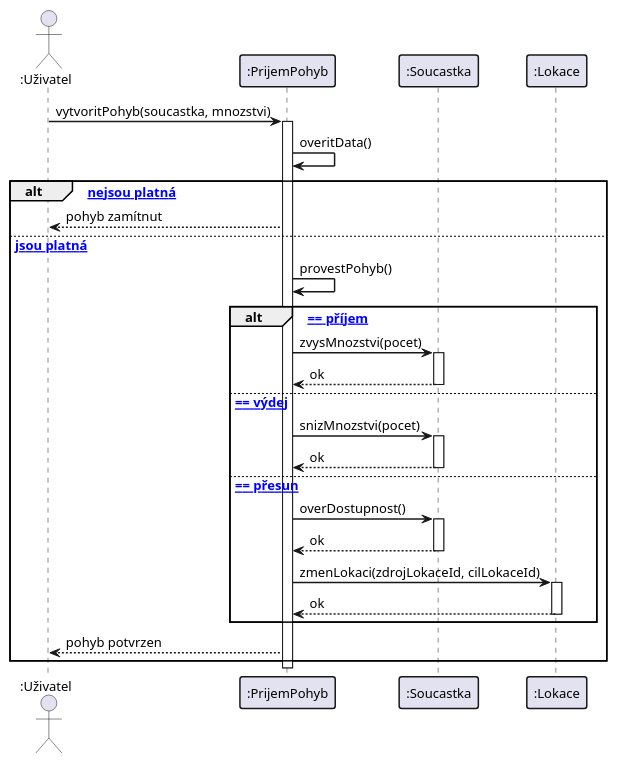
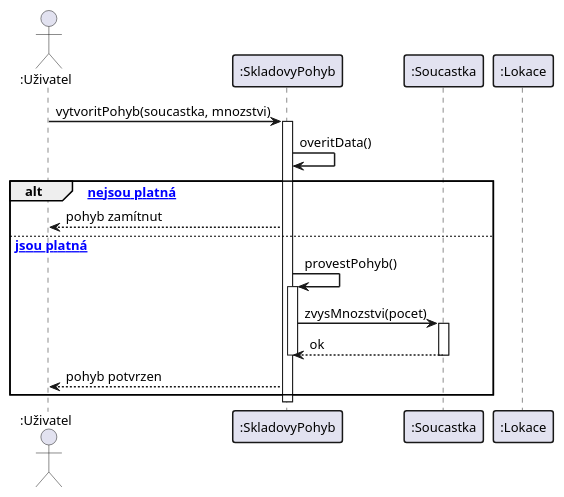
Before and after one commit to lkvapil/kOdevzdaniProjektWMS: the diagram in diagrams/13_sequence_pohyb.puml, drawn with PlantUML. The commit also changed 2 other files, not shown here.

Commit message:
Opravy: stav SkladovyPohyb, typ z dědičnosti, sekvenční diagram čistý

```diff
--- a/diagrams/13_sequence_pohyb.puml
+++ b/diagrams/13_sequence_pohyb.puml
@@ -1,54 +1,39 @@
 @startuml
 skinparam defaultFontSize 13
 skinparam sequenceArrowThickness 1.5
 skinparam sequenceParticipantBorderThickness 1.5
 skinparam sequenceGroupBorderThickness 1.5
 
-' ->    plná čára, plná šipka    = synchronní zpráva (odesílatel čeká)
-' -->   přerušovaná čára         = odpověď / návratová hodnota
+' Sekvenční diagram ukazuje příjem jako příklad scénáře
+' SkladovyPohyb je abstraktní – konkrétní chování zajistí podtřída
 
 actor ":Uživatel" as Uzivatel
-participant ":PrijemPohyb" as Pohyb
+participant ":SkladovyPohyb" as Pohyb
 participant ":Soucastka" as Soucastka
 participant ":Lokace" as Lokace
 
 Uzivatel -> Pohyb : vytvoritPohyb(soucastka, mnozstvi)
 activate Pohyb
 
 Pohyb -> Pohyb : overitData()
 
 alt [data nejsou platná]
     Pohyb --> Uzivatel : pohyb zamítnut
 
 else [data jsou platná]
     Pohyb -> Pohyb : provestPohyb()
+    activate Pohyb
 
-    alt [typ == příjem]
-        Pohyb -> Soucastka : zvysMnozstvi(pocet)
-        activate Soucastka
-        Soucastka --> Pohyb : ok
-        deactivate Soucastka
+    ' příklad scénáře příjmu – konkrétní podtřída PrijemPohyb
+    Pohyb -> Soucastka : zvysMnozstvi(pocet)
+    activate Soucastka
+    Soucastka --> Pohyb : ok
+    deactivate Soucastka
 
-    else [typ == výdej]
-        Pohyb -> Soucastka : snizMnozstvi(pocet)
-        activate Soucastka
-        Soucastka --> Pohyb : ok
-        deactivate Soucastka
-
-    else [typ == přesun]
-        Pohyb -> Soucastka : overDostupnost()
-        activate Soucastka
-        Soucastka --> Pohyb : ok
-        deactivate Soucastka
-        Pohyb -> Lokace : zmenLokaci(zdrojLokaceId, cilLokaceId)
-        activate Lokace
-        Lokace --> Pohyb : ok
-        deactivate Lokace
-    end
-
+    deactivate Pohyb
     Pohyb --> Uzivatel : pohyb potvrzen
 end
 
 deactivate Pohyb
 
 @enduml
```
